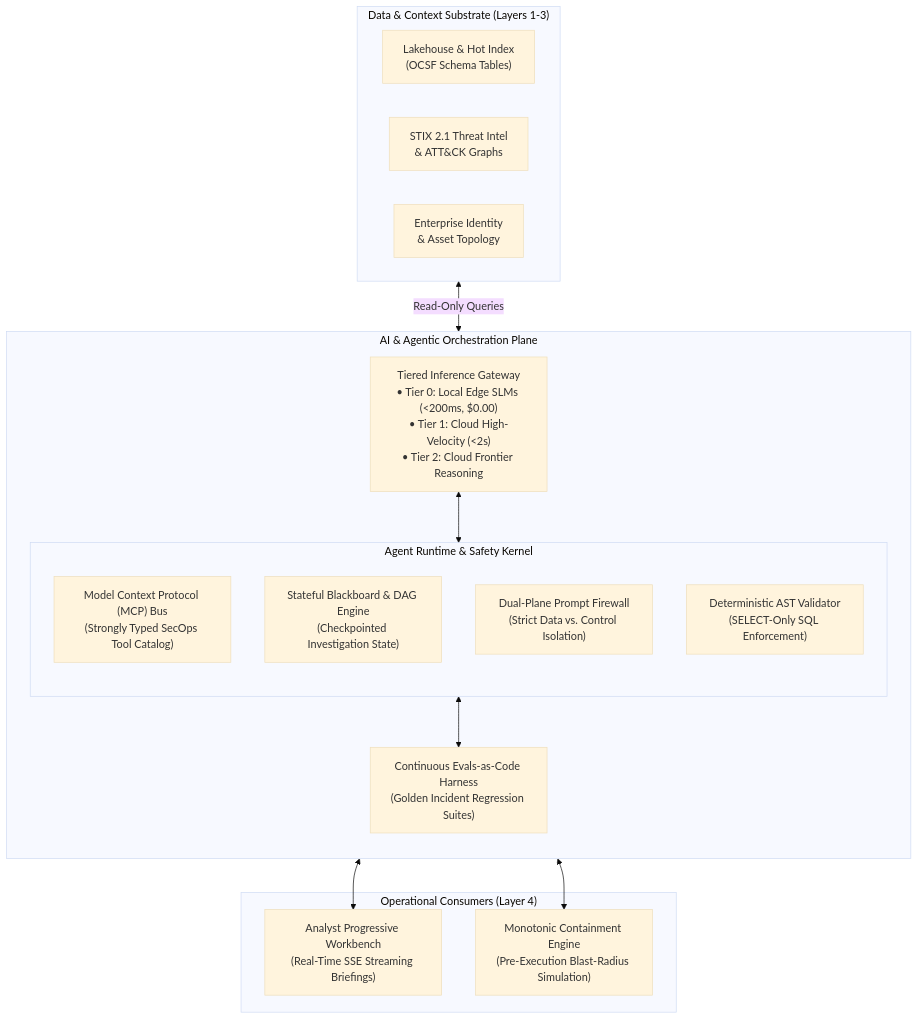
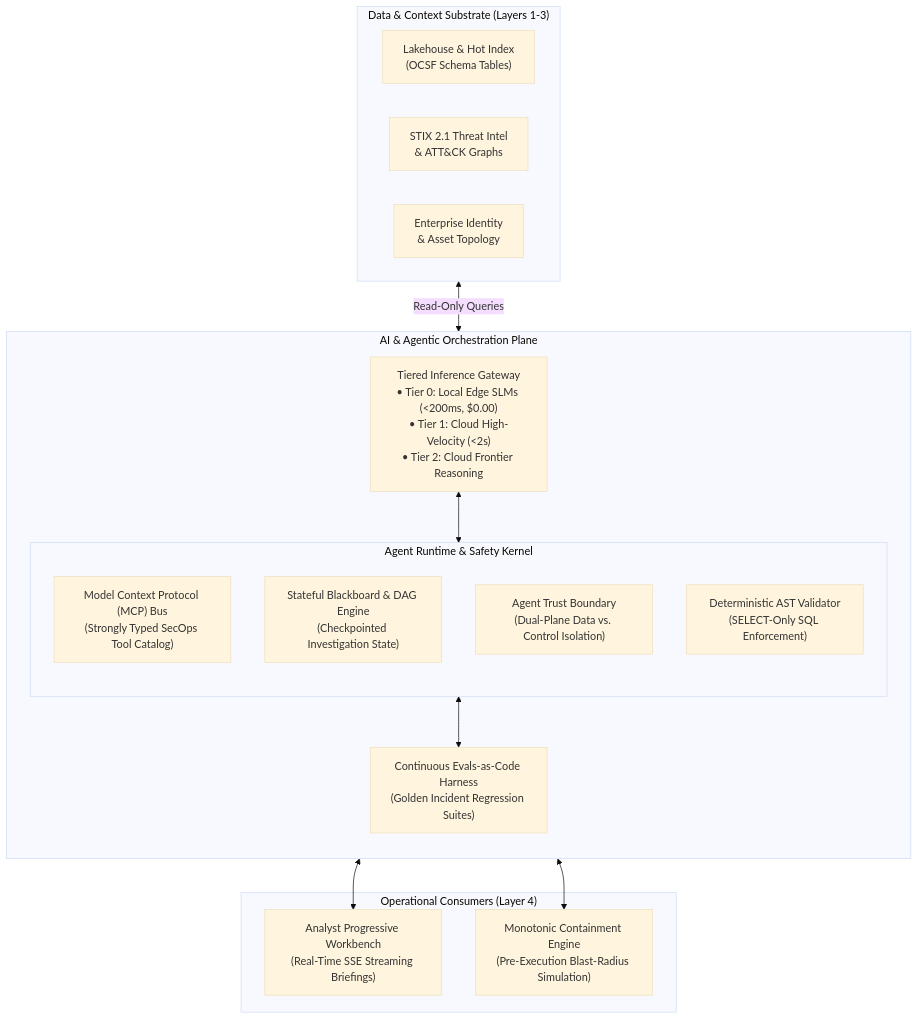
Before and after one commit to Haribu/TIDIR: the first of 6 diagrams in docs/architecture/components/06-ai-orchestration.md, drawn with Mermaid (base theme). The commit also changed other lines of this file and 16 other files, not shown here.

Commit message:
feat: implement immediate architecture refinements and v0.2 roadmap

````diff
--- a/docs/architecture/components/06-ai-orchestration.md
+++ b/docs/architecture/components/06-ai-orchestration.md
@@ -9,34 +9,34 @@
 ```mermaid
 flowchart TB
   subgraph DataContext ["Data & Context Substrate (Layers 1-3)"]
     L2_LAKE["Lakehouse & Hot Index\n(OCSF Schema Tables)"]
     L3_INTEL["STIX 2.1 Threat Intel\n& ATT&CK Graphs"]
     CMDB["Enterprise Identity\n& Asset Topology"]
   end
 
   subgraph OrchestrationPlane ["AI & Agentic Orchestration Plane"]
     direction TB
     GATEWAY["Tiered Inference Gateway\n• Tier 0: Local Edge SLMs (<200ms, $0.00)\n• Tier 1: Cloud High-Velocity (<2s)\n• Tier 2: Cloud Frontier Reasoning"]
 
     subgraph RuntimeKernel ["Agent Runtime & Safety Kernel"]
       direction TB
       MCP_ROUTER["Model Context Protocol (MCP) Bus\n(Strongly Typed SecOps Tool Catalog)"]
       BLACKBOARD["Stateful Blackboard & DAG Engine\n(Checkpointed Investigation State)"]
-      PROMPT_FW["Dual-Plane Prompt Firewall\n(Strict Data vs. Control Isolation)"]
+      PROMPT_FW["Agent Trust Boundary\n(Dual-Plane Data vs. Control Isolation)"]
       AST_VAL["Deterministic AST Validator\n(SELECT-Only SQL Enforcement)"]
     end
 
     EVAL_CI["Continuous Evals-as-Code Harness\n(Golden Incident Regression Suites)"]
   end
 
   subgraph Consumers ["Operational Consumers (Layer 4)"]
     WORKBENCH["Analyst Progressive Workbench\n(Real-Time SSE Streaming Briefings)"]
     RESP_ENGINE["Monotonic Containment Engine\n(Pre-Execution Blast-Radius Simulation)"]
   end
 
   DataContext <-->|Read-Only Queries| MCP_ROUTER
   GATEWAY <--> RuntimeKernel
   RuntimeKernel <--> EVAL_CI
   RuntimeKernel <--> WORKBENCH
   RuntimeKernel <--> RESP_ENGINE
 ```
````
